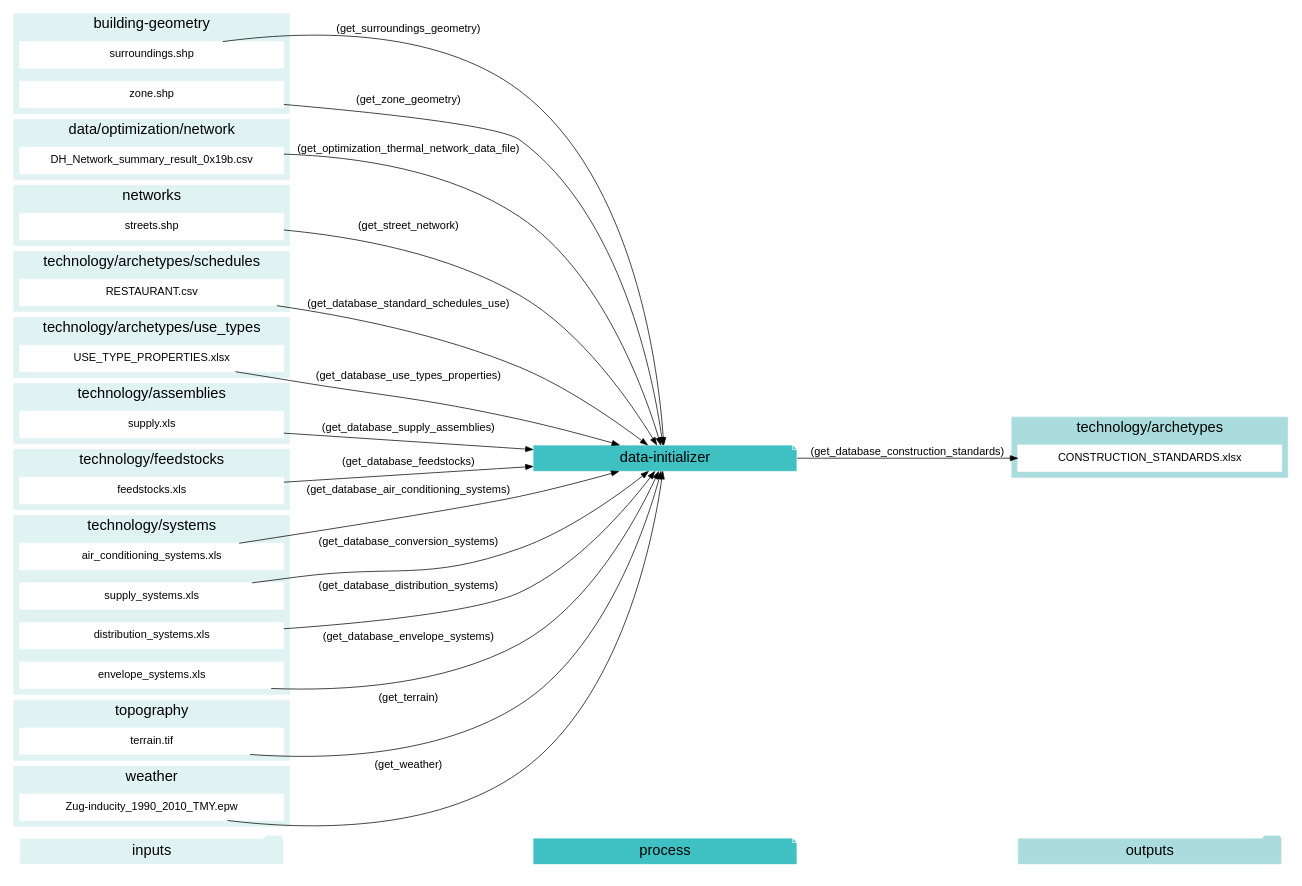
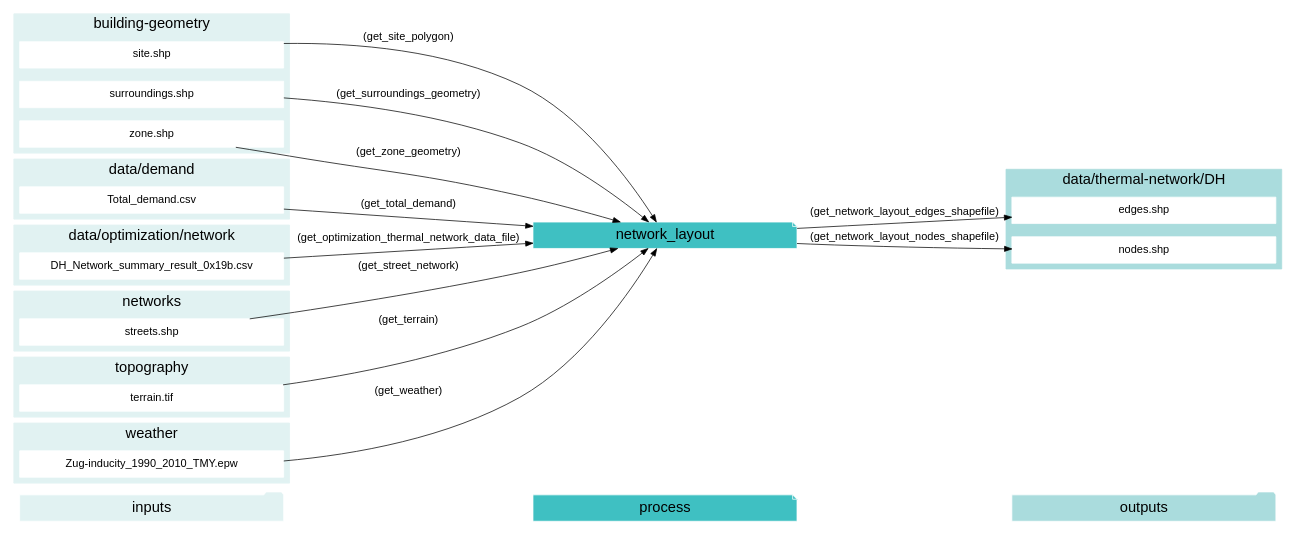
One commit to architecture-building-systems/CityEnergyAnalyst changed diagram 18 of 23 in docs/script-data-flow.rst. Above: the diagram before and after it, drawn with Graphviz. The commit also changed other lines of this file and 24 other files, not shown here.

```diff
--- a/docs/script-data-flow.rst
+++ b/docs/script-data-flow.rst
@@ -2704,13 +1892,14 @@
     "inputs"->"process"[style=invis]
     "process"->"outputs"[style=invis]
     }
-    "data-initializer"[style=filled, color=white, fillcolor="#3FC0C2", shape=note, fontsize=20, fontname=arial];
+    "network_layout"[style=filled, color=white, fillcolor="#3FC0C2", shape=note, fontsize=20, fontname=arial];
     subgraph cluster_0_in {
         style = filled;
         color = "#E1F2F2";
         fontsize = 20;
         rank=same;
         label="building-geometry";
+        "site.shp"
         "surroundings.shp"
         "zone.shp"
     }
@@ -2719,10 +1908,27 @@
         color = "#E1F2F2";
         fontsize = 20;
         rank=same;
+        label="data/demand";
+        "Total_demand.csv"
+    }
+    subgraph cluster_2_in {
+        style = filled;
+        color = "#E1F2F2";
+        fontsize = 20;
+        rank=same;
         label="data/optimization/network";
         "DH_Network_summary_result_0x19b.csv"
     }
-    subgraph cluster_2_in {
+    subgraph cluster_3_out {
+        style = filled;
+        color = "#aadcdd";
+        fontsize = 20;
+        rank=same;
+        label="data/thermal-network/DH";
+        "edges.shp"
+        "nodes.shp"
+    }
+    subgraph cluster_4_in {
         style = filled;
         color = "#E1F2F2";
         fontsize = 20;
@@ -2730,58 +1936,7 @@
         label="networks";
         "streets.shp"
     }
-    subgraph cluster_3_out {
-        style = filled;
-        color = "#aadcdd";
-        fontsize = 20;
-        rank=same;
-        label="technology/archetypes";
-        "CONSTRUCTION_STANDARDS.xlsx"
-    }
-    subgraph cluster_4_in {
-        style = filled;
-        color = "#E1F2F2";
-        fontsize = 20;
-        rank=same;
-        label="technology/archetypes/schedules";
-        "RESTAURANT.csv"
-    }
     subgraph cluster_5_in {
-        style = filled;
-        color = "#E1F2F2";
-        fontsize = 20;
-        rank=same;
-        label="technology/archetypes/use_types";
-        "USE_TYPE_PROPERTIES.xlsx"
-    }
-    subgraph cluster_6_in {
-        style = filled;
-        color = "#E1F2F2";
-        fontsize = 20;
-        rank=same;
-        label="technology/assemblies";
-        "supply.xls"
-    }
-    subgraph cluster_7_in {
-        style = filled;
-        color = "#E1F2F2";
-        fontsize = 20;
-        rank=same;
-        label="technology/feedstocks";
-        "feedstocks.xls"
-    }
-    subgraph cluster_8_in {
-        style = filled;
-        color = "#E1F2F2";
-        fontsize = 20;
-        rank=same;
-        label="technology/systems";
-        "air_conditioning_systems.xls"
-        "supply_systems.xls"
-        "distribution_systems.xls"
-        "envelope_systems.xls"
-    }
-    subgraph cluster_9_in {
         style = filled;
         color = "#E1F2F2";
         fontsize = 20;
@@ -2789,7 +1944,7 @@
         label="topography";
         "terrain.tif"
     }
-    subgraph cluster_10_in {
+    subgraph cluster_6_in {
         style = filled;
         color = "#E1F2F2";
         fontsize = 20;
@@ -2797,19 +1952,14 @@
         label="weather";
         "Zug-inducity_1990_2010_TMY.epw"
     }
-    "air_conditioning_systems.xls" -> "data-initializer"[label="(get_database_air_conditioning_systems)"]
-    "supply_systems.xls" -> "data-initializer"[label="(get_database_conversion_systems)"]
-    "distribution_systems.xls" -> "data-initializer"[label="(get_database_distribution_systems)"]
-    "envelope_systems.xls" -> "data-initializer"[label="(get_database_envelope_systems)"]
-    "feedstocks.xls" -> "data-initializer"[label="(get_database_feedstocks)"]
-    "RESTAURANT.csv" -> "data-initializer"[label="(get_database_standard_schedules_use)"]
-    "supply.xls" -> "data-initializer"[label="(get_database_supply_assemblies)"]
-    "USE_TYPE_PROPERTIES.xlsx" -> "data-initializer"[label="(get_database_use_types_properties)"]
-    "DH_Network_summary_result_0x19b.csv" -> "data-initializer"[label="(get_optimization_thermal_network_data_file)"]
-    "streets.shp" -> "data-initializer"[label="(get_street_network)"]
-    "surroundings.shp" -> "data-initializer"[label="(get_surroundings_geometry)"]
-    "terrain.tif" -> "data-initializer"[label="(get_terrain)"]
-    "Zug-inducity_1990_2010_TMY.epw" -> "data-initializer"[label="(get_weather)"]
-    "zone.shp" -> "data-initializer"[label="(get_zone_geometry)"]
-    "data-initializer" -> "CONSTRUCTION_STANDARDS.xlsx"[label="(get_database_construction_standards)"]
+    "DH_Network_summary_result_0x19b.csv" -> "network_layout"[label="(get_optimization_thermal_network_data_file)"]
+    "site.shp" -> "network_layout"[label="(get_site_polygon)"]
+    "streets.shp" -> "network_layout"[label="(get_street_network)"]
+    "surroundings.shp" -> "network_layout"[label="(get_surroundings_geometry)"]
+    "terrain.tif" -> "network_layout"[label="(get_terrain)"]
+    "Total_demand.csv" -> "network_layout"[label="(get_total_demand)"]
+    "Zug-inducity_1990_2010_TMY.epw" -> "network_layout"[label="(get_weather)"]
+    "zone.shp" -> "network_layout"[label="(get_zone_geometry)"]
+    "network_layout" -> "edges.shp"[label="(get_network_layout_edges_shapefile)"]
+    "network_layout" -> "nodes.shp"[label="(get_network_layout_nodes_shapefile)"]
     }
```
